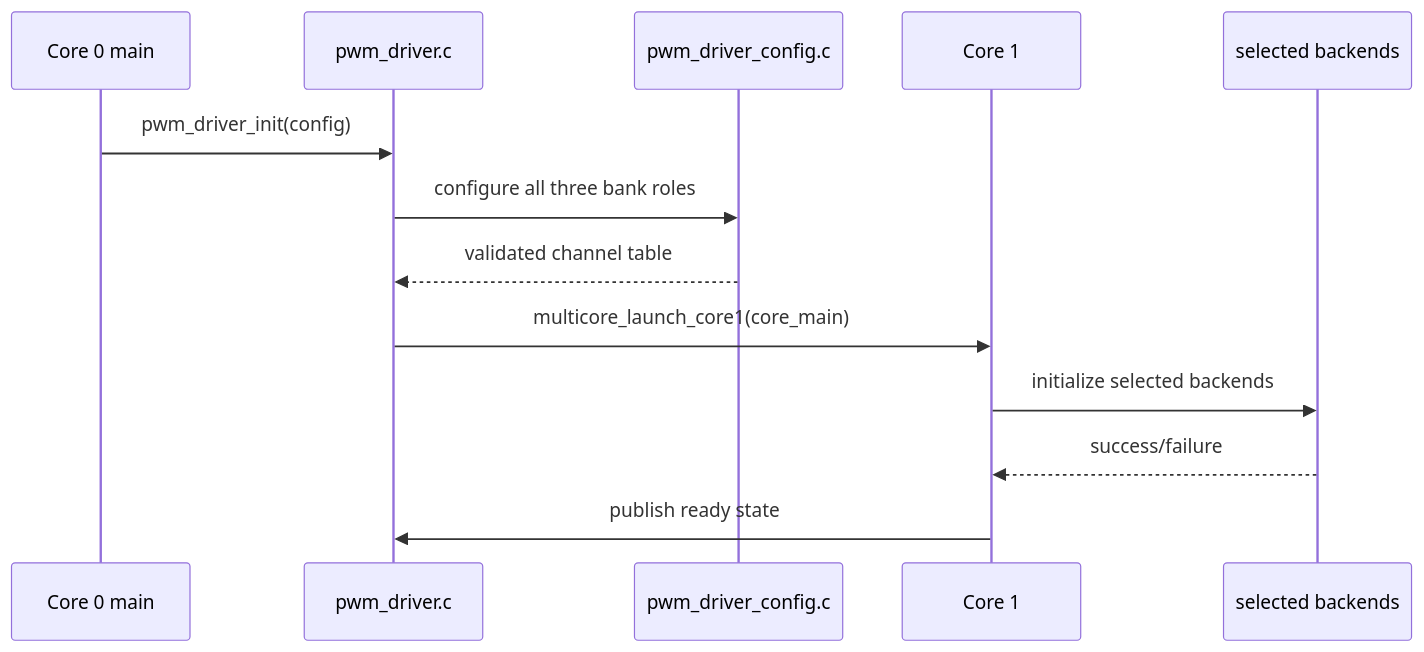
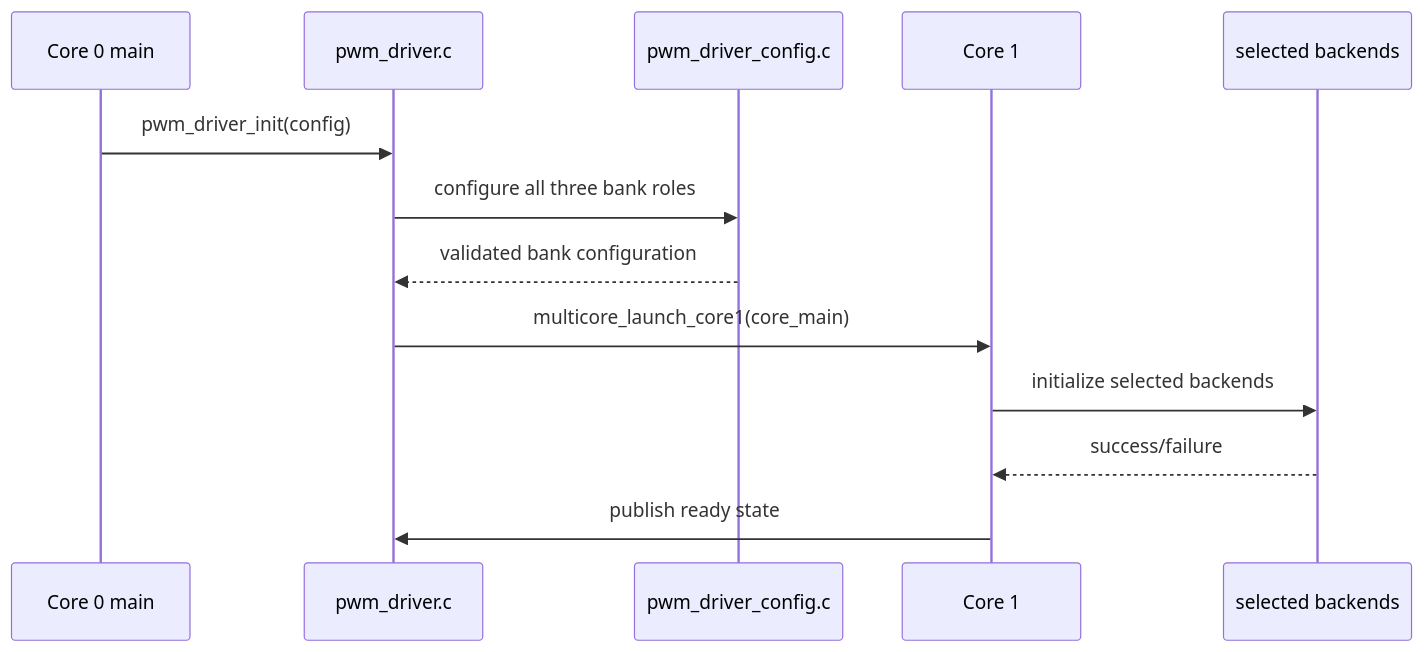
Before and after one commit to djwinter29-oss/PicoPWM: the fourth of 8 diagrams in docs/design/pwm_driver_design.md, drawn with Mermaid. The commit also changed other lines of this file and 36 other files, not shown here.

````diff
--- a/docs/design/pwm_driver_design.md
+++ b/docs/design/pwm_driver_design.md
@@ -306,16 +305,16 @@
 ```mermaid
 sequenceDiagram
     participant Main as Core 0 main
     participant WR as pwm_driver.c
     participant CFG as pwm_driver_config.c
     participant C1 as Core 1
     participant BE as selected backends
 
     Main->>WR: pwm_driver_init(config)
     WR->>CFG: configure all three bank roles
-    CFG-->>WR: validated channel table
+    CFG-->>WR: validated bank configuration
     WR->>C1: multicore_launch_core1(core_main)
     C1->>BE: initialize selected backends
     BE-->>C1: success/failure
     C1->>WR: publish ready state
 ```
````
